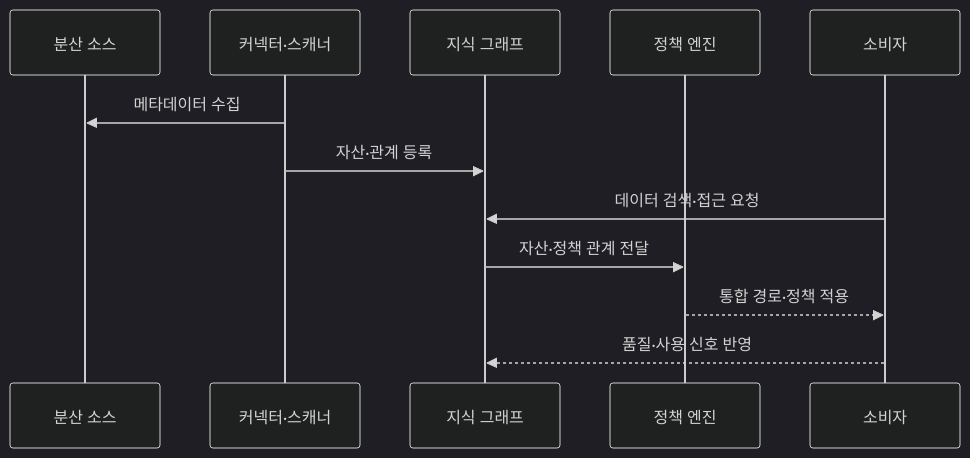
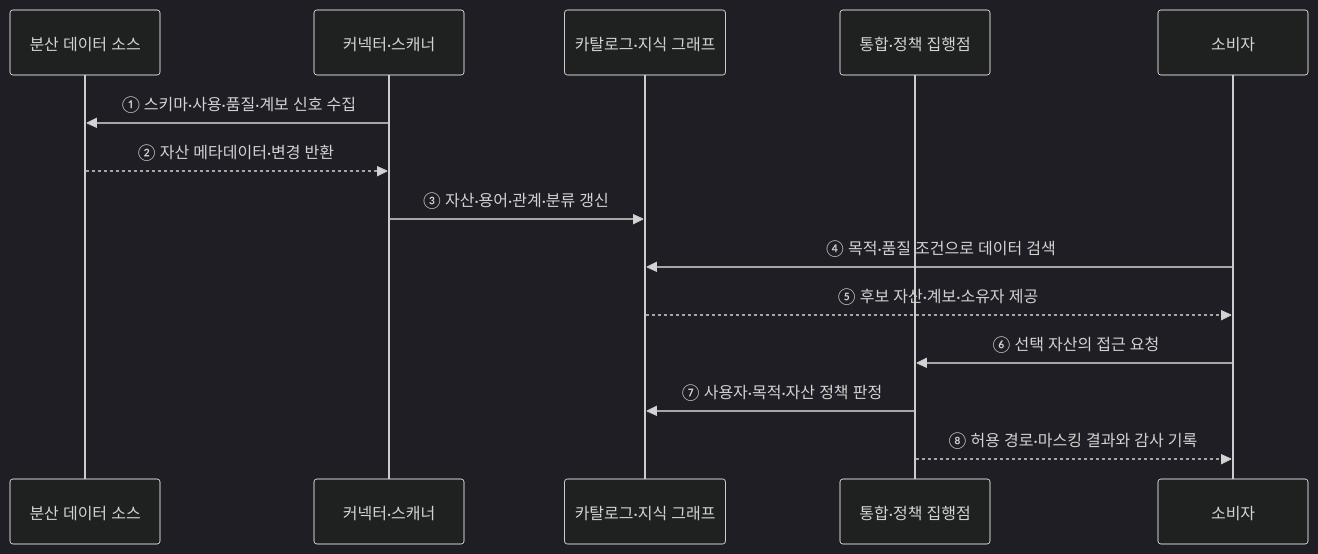
Before and after one commit to agnusdei1207/knowledge-base: the second of 2 diagrams in src/content/docs/notes/03-software/132_data_fabric.md, drawn with Mermaid (dark theme). The commit also changed other lines of this file and 20 other files, not shown here.

````diff
--- a/src/content/docs/notes/03-software/132_data_fabric.md
+++ b/src/content/docs/notes/03-software/132_data_fabric.md
@@ -80,14 +72,16 @@
 ```mermaid
 sequenceDiagram
-    participant S as 분산 소스
+    participant S as 분산 데이터 소스
     participant C as 커넥터·스캐너
-    participant K as 지식 그래프
-    participant P as 정책 엔진
+    participant K as 카탈로그·지식 그래프
+    participant E as 통합·정책 집행점
     participant U as 소비자
-    C->>S: 메타데이터 수집
-    C->>K: 자산·관계 등록
-    U->>K: 데이터 검색·접근 요청
-    K->>P: 자산·정책 관계 전달
-    P-->>U: 통합 경로·정책 적용
-    U-->>K: 품질·사용 신호 반영
+    C->>S: ① 스키마·사용·품질·계보 신호 수집
+    S-->>C: ② 자산 메타데이터·변경 반환
+    C->>K: ③ 자산·용어·관계·분류 갱신
+    U->>K: ④ 목적·품질 조건으로 데이터 검색
+    K-->>U: ⑤ 후보 자산·계보·소유자 제공
+    U->>E: ⑥ 선택 자산의 접근 요청
+    E->>K: ⑦ 사용자·목적·자산 정책 판정
+    E-->>U: ⑧ 허용 경로·마스킹 결과와 감사 기록
 ```
````
